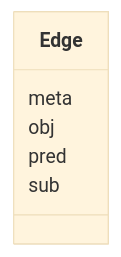
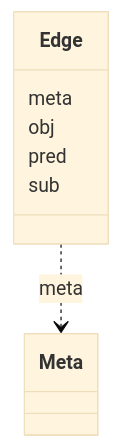
Before and after one commit to INCATools/ontology-access-kit: the diagram in obograph/Edge.md, drawn with Mermaid (base theme). The commit also changed other lines of this file and 1783 other files, not shown here.

````diff
--- a/obograph/Edge.md
+++ b/obograph/Edge.md
@@ -11,9 +11,15 @@
 ```{mermaid}
  classDiagram
     class Edge
       Edge : meta
+        
+          Edge ..> Meta : meta
+        
       Edge : obj
+        
       Edge : pred
+        
       Edge : sub
+        
       
 ```
````
